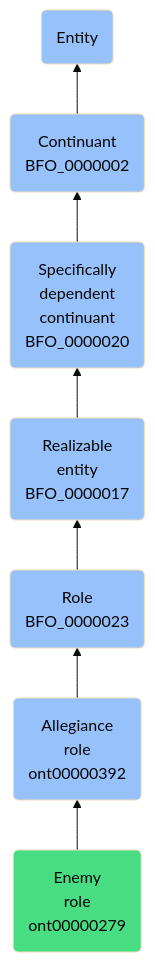
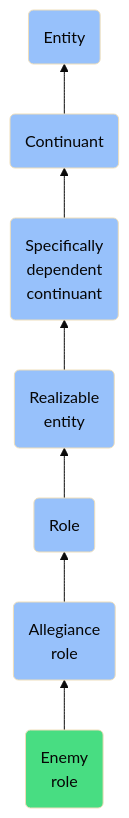
Before and after one commit to jupyter-naas/abi: the diagram in docs/ontology/reference/model/Entity/Continuant/Specifically dependent continuant/Realizable entity/Role/Allegiance role/Enemy role/Enemy role.md, drawn with Mermaid (base theme). The commit also changed other lines of this file and 1430 other files, not shown here.

````diff
--- a/docs/ontology/reference/model/Entity/Continuant/Specifically dependent continuant/Realizable entity/Role/Allegiance role/Enemy role/Enemy role.md
+++ b/docs/ontology/reference/model/Entity/Continuant/Specifically dependent continuant/Realizable entity/Role/Allegiance role/Enemy role/Enemy role.md
@@ -24,14 +24,14 @@
 ```mermaid
 graph BT
-    ont00000279(Enemy<br>role<br>ont00000279):::ABI-->ont00000392
-    ont00000392(Allegiance<br>role<br>ont00000392):::BFO-->BFO_0000023
-    BFO_0000023(Role<br>BFO_0000023):::BFO-->BFO_0000017
-    BFO_0000017(Realizable<br>entity<br>BFO_0000017):::BFO-->BFO_0000020
-    BFO_0000020(Specifically<br>dependent<br>continuant<br>BFO_0000020):::BFO-->BFO_0000002
-    BFO_0000002(Continuant<br>BFO_0000002):::BFO-->BFO_0000001
+    ont00000279(Enemy<br>role):::ABI-->ont00000392
+    ont00000392(Allegiance<br>role):::BFO-->BFO_0000023
+    BFO_0000023(Role):::BFO-->BFO_0000017
+    BFO_0000017(Realizable<br>entity):::BFO-->BFO_0000020
+    BFO_0000020(Specifically<br>dependent<br>continuant):::BFO-->BFO_0000002
+    BFO_0000002(Continuant):::BFO-->BFO_0000001
     BFO_0000001(Entity):::BFO
     
     classDef BFO fill:#97c1fb,color:#060606
     classDef CCO fill:#e4c51e,color:#060606
     classDef ABI fill:#48DD82,color:#060606
 ```
````
